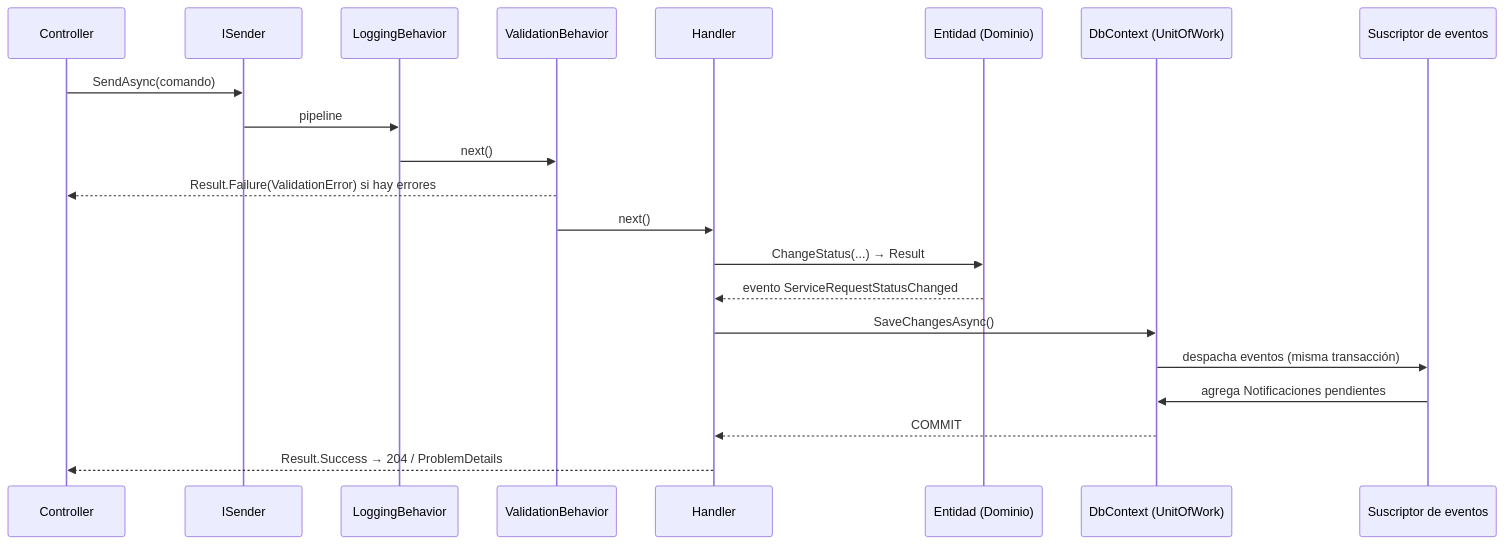
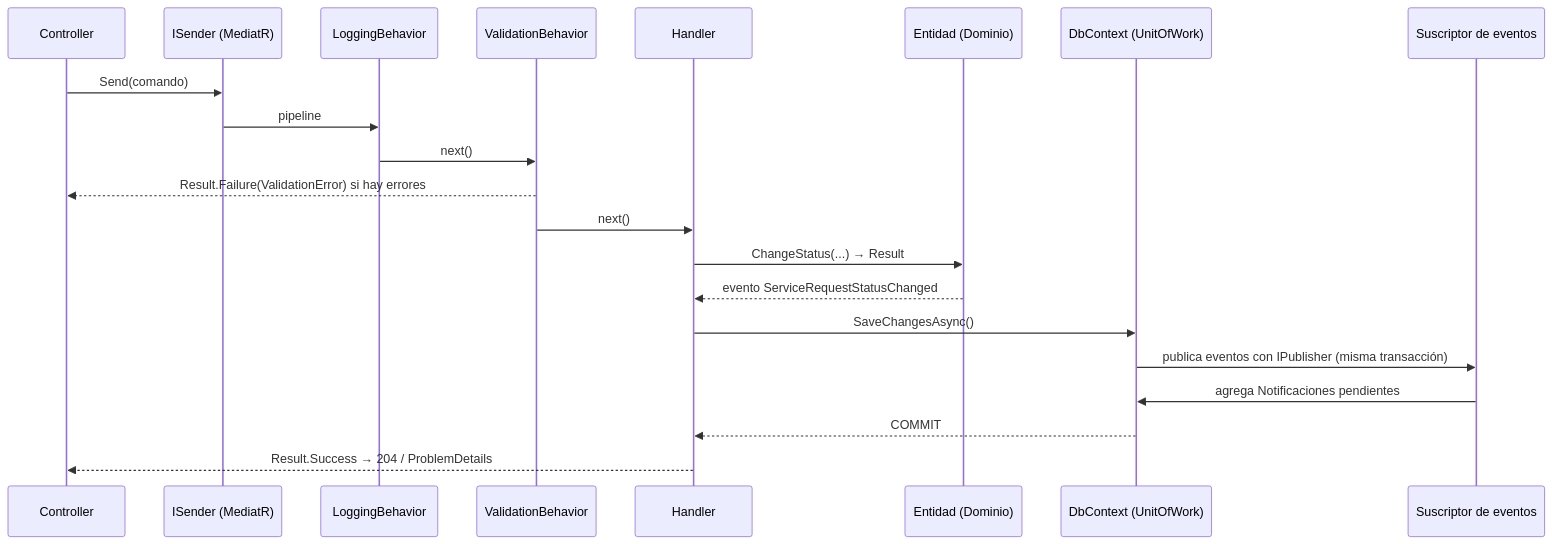
Before and after one commit to ocb-dev-04/test-sidb: the second of 2 diagrams in docs/arquitectura.md, drawn with Mermaid. The commit also changed other lines of this file and 3 other files, not shown here.

````diff
--- a/docs/arquitectura.md
+++ b/docs/arquitectura.md
@@ -48,24 +48,24 @@
 ```mermaid
 sequenceDiagram
     participant C as Controller
-    participant M as ISender
+    participant M as ISender (MediatR)
     participant L as LoggingBehavior
     participant V as ValidationBehavior
     participant H as Handler
     participant E as Entidad (Dominio)
     participant U as DbContext (UnitOfWork)
     participant N as Suscriptor de eventos
 
-    C->>M: SendAsync(comando)
+    C->>M: Send(comando)
     M->>L: pipeline
     L->>V: next()
     V-->>C: Result.Failure(ValidationError) si hay errores
     V->>H: next()
     H->>E: ChangeStatus(...) → Result
     E-->>H: evento ServiceRequestStatusChanged
     H->>U: SaveChangesAsync()
-    U->>N: despacha eventos (misma transacción)
+    U->>N: publica eventos con IPublisher (misma transacción)
     N->>U: agrega Notificaciones pendientes
     U-->>H: COMMIT
     H-->>C: Result.Success → 204 / ProblemDetails
 ```
````
